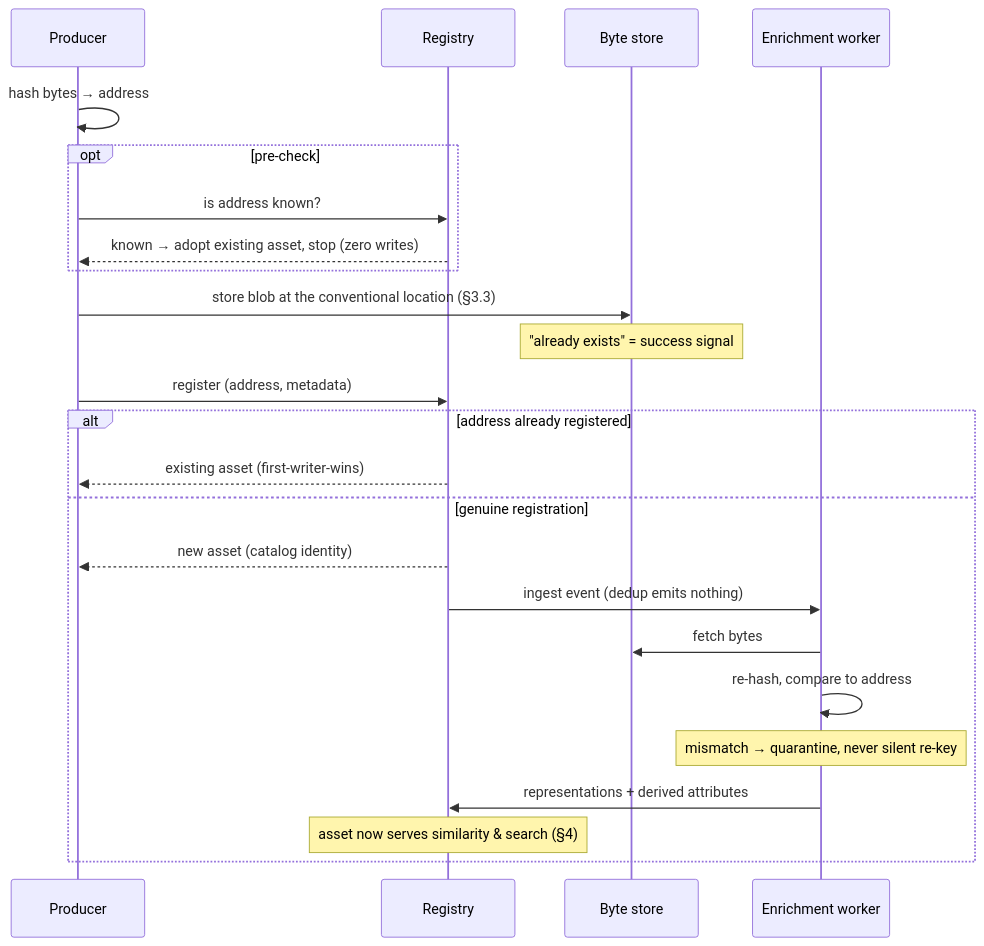
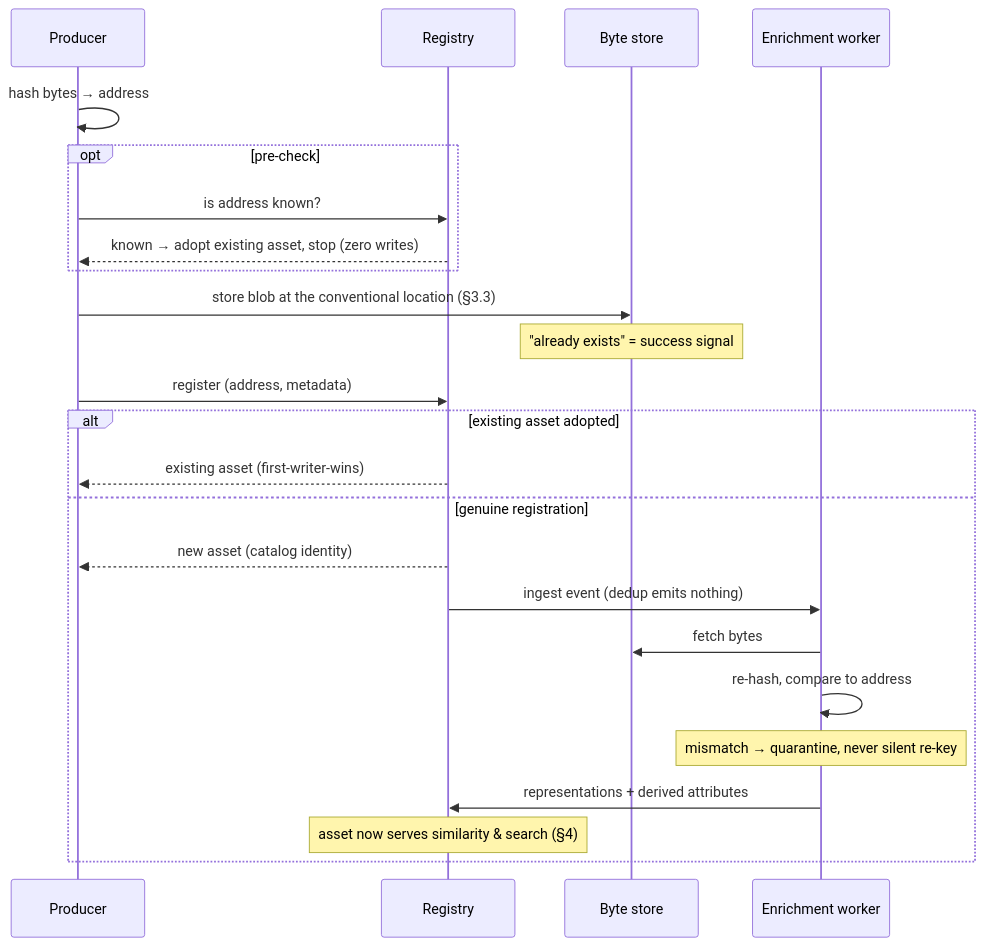
One commit to gridaco/grida changed the second of 2 diagrams in docs/wg/platform/library.md. Above: the diagram before and after it, drawn with Mermaid. The commit also changed other lines of this file and 34 other files, not shown here.

````diff
--- a/docs/wg/platform/library.md
+++ b/docs/wg/platform/library.md
@@ -255,27 +259,27 @@
 ```mermaid
 sequenceDiagram
     participant P as Producer
     participant R as Registry
     participant S as Byte store
     participant W as Enrichment worker
 
     P->>P: hash bytes → address
     opt pre-check
         P->>R: is address known?
         R-->>P: known → adopt existing asset, stop (zero writes)
     end
     P->>S: store blob at the conventional location (§3.3)
     Note over S: "already exists" = success signal
     P->>R: register (address, metadata)
-    alt address already registered
+    alt existing asset adopted
         R-->>P: existing asset (first-writer-wins)
     else genuine registration
         R-->>P: new asset (catalog identity)
         R->>W: ingest event (dedup emits nothing)
         W->>S: fetch bytes
         W->>W: re-hash, compare to address
         Note over W: mismatch → quarantine, never silent re-key
         W->>R: representations + derived attributes
         Note over R: asset now serves similarity & search (§4)
     end
 ```
````
